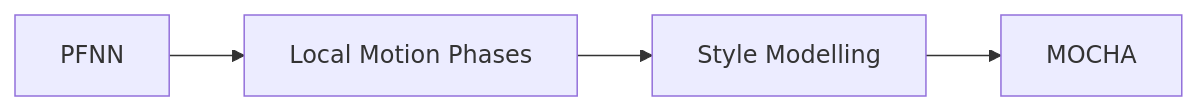
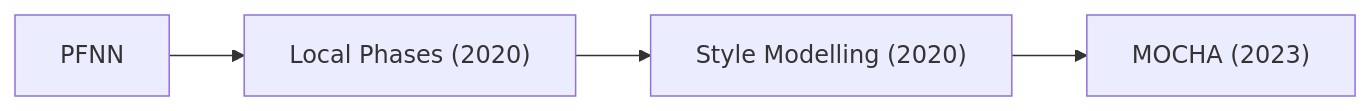
Before and after one commit to CaterpillarStudyGroup/GAMES105_mdbook: the fourth of 26 diagrams in src/Locomotion_Survey.md, drawn with Mermaid. The commit also changed other lines of this file, not shown here.

````diff
--- a/src/Locomotion_Survey.md
+++ b/src/Locomotion_Survey.md
@@ -175,6 +143,6 @@
 ```mermaid
 flowchart LR
-    PFNN --> LocalPhases["Local Motion Phases"]
-    LocalPhases --> StyleMod["Style Modelling"]
-    StyleMod --> MOCHA
+    PFNN --> LP["Local Phases (2020)"]
+    LP --> SM["Style Modelling (2020)"]
+    SM --> MOCHA["MOCHA (2023)"]
 ```
````
